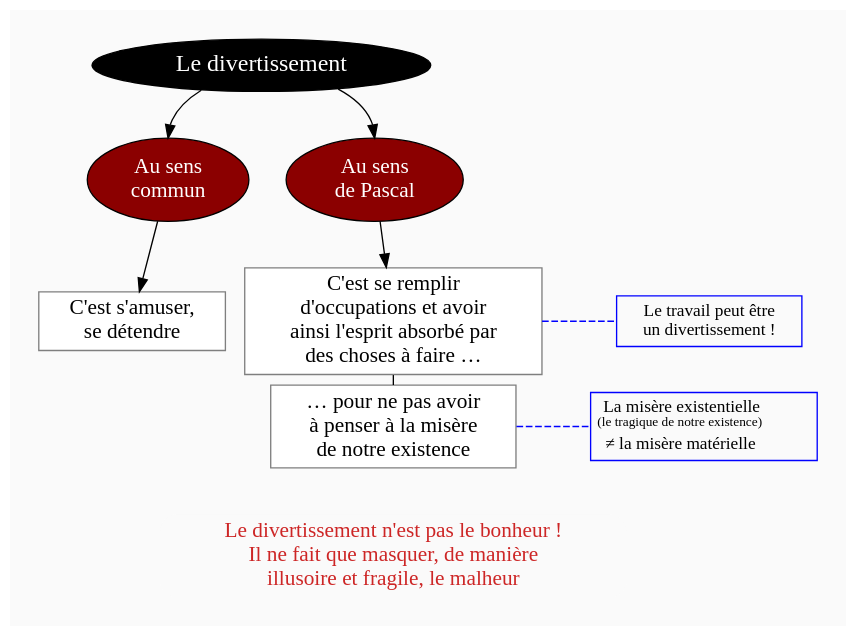
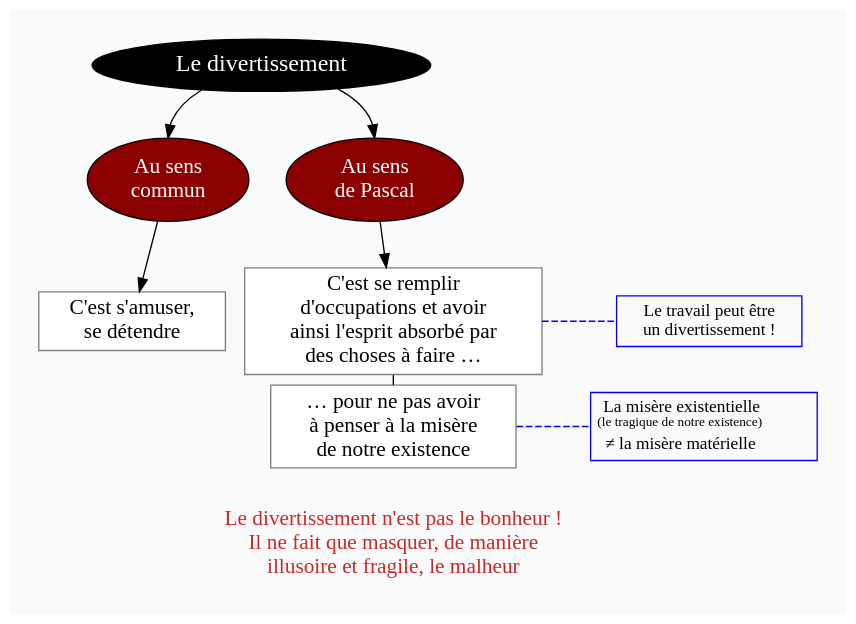
Before and after one commit to eyssette/graphviz-examples: the diagram in diagram/divertissement-Pascal.dot, drawn with Graphviz.

```diff
--- a/diagram/divertissement-Pascal.dot
+++ b/diagram/divertissement-Pascal.dot
@@ -1,95 +1,95 @@
 digraph G {
 //rankdir=LR
 splines=true
 //splines=curved
 bgcolor=grey98
 pad=0.3
 style=filled
 edge[minlen=4]
 ranksep=0.1
 nodesep=0.2 // valeur à changer ?
 
 // NIVEAU 1
 node[style=filled; fillcolor=12 ; fontcolor=white ; fontsize=18]
 // a1[label=""]
 a1[label="Le divertissement"]
 
 
 // NIVEAU 2
 node[style=filled;fillcolor=red4;fontcolor=white; fontsize=16]
 // b1[label=""]
 a1->{
 b1[label="Au sens
 commun"]    
 b2[label="Au sens
 de Pascal"]
 }[headport=n]
 
 // NIVEAU 3 (sans intermédiaire)
 node [shape=box; style=filled;fillcolor=white;fontcolor=black;color=grey50]
 // c1[label=""]
 b1->c1
 c1[label="C'est s'amuser,
 se détendre"]
 b2->c2
 c2[label="C'est se remplir
 d'occupations et avoir
 ainsi l'esprit absorbé par
 des choses à faire …"]
 c2->c3[minlen=1,arrowhead=none]
 c3[label="… pour ne pas avoir
 à penser à la misère
 de notre existence"]
 
 
 
 // INTERMEDIAIRE AVANT NIVEAU 3
 node[style=filled;fillcolor=grey78;shape=oval]
 // [arrowhead=none]
 // bc1[label=""]
 
 // NIVEAU 3 (avec intermédiaire)
 node[style="filled";fillcolor=white;shape=box;color=grey50]
 // c1[label=""]
 
 // NIVEAU 4
 node[style="filled, rounded";fillcolor=white;shape=box;color=grey50]
 // d1[label=""]
 
 
 
 
 
 // ETIQUETTES EN ROUGE
 node[shape=plaintext;fontcolor=firebrick3;fillcolor=grey98]
 // e1[label=< <B>= Titre</B><BR /><BR />Contenu<BR /> >]
 // e1[label=""]
 // ->e1[minlen=1;style=invis]
 
-c3->d1[style=invis]
+c3->d1[style=invis,minlen=3]
 d1[label="Le divertissement n'est pas le bonheur !
 Il ne fait que masquer, de manière
 illusoire et fragile, le malheur"]
 
 
 // Remarques
 node[color=blue;shape=box;style=filled;margin=0.07;fontcolor=black;fontsize=13]
 edge[color=blue;arrowhead="none";xlabel="";style=dashed]
 // r1[label=""]
 // {rank=same;->r1}
 // {rank=same;r1->[dir=back]}
 
 
 {rank=same;c2->e1}
 
 e1[label="Le travail peut être
 un divertissement !"]
 
 {rank=same;c3->e2}
 e2[label=<La misère existentielle<br/>
 <font point-size="10">(le tragique de notre existence)</font><br/>
 <font point-size="5"><br/></font>
 ≠ la misère matérielle>]
 
 
 }
```
